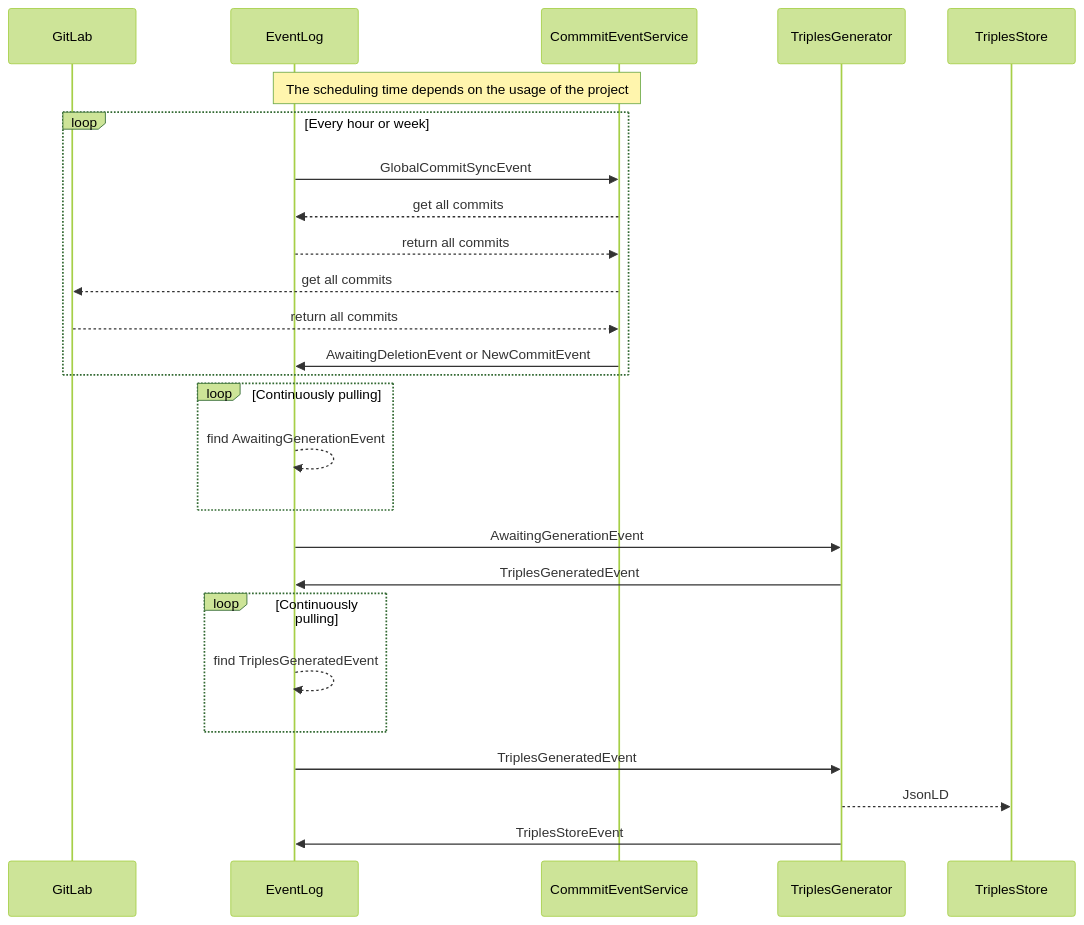
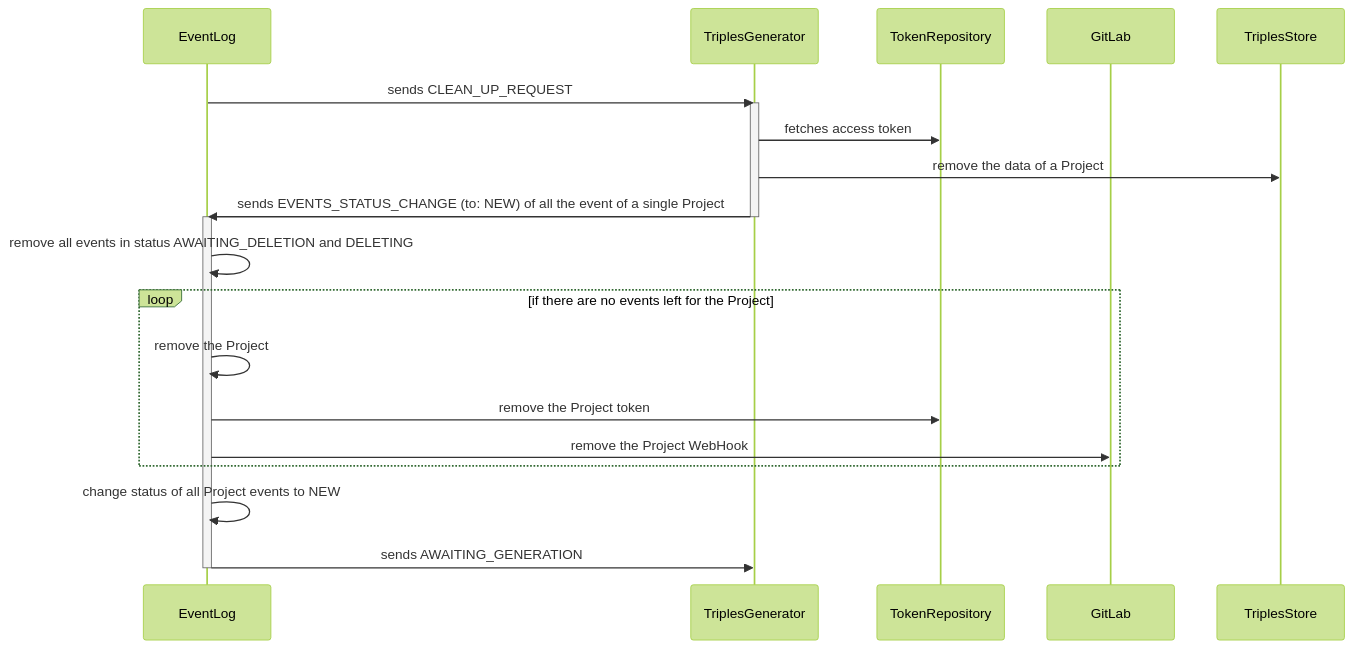
Before and after one commit to SwissDataScienceCenter/renku-graph: the sixth of 10 diagrams in README.md, drawn with Mermaid (forest theme). The commit also changed other lines of this file, not shown here.

````diff
--- a/README.md
+++ b/README.md
@@ -133,28 +205,26 @@
 ```mermaid
 sequenceDiagram
+    participant EventLog
+    participant TriplesGenerator
+    participant TokenRepository
     participant GitLab
-    participant EventLog
-    participant CommmitEventService
-    participant TriplesGenerator
     participant TriplesStore
-    Note over CommmitEventService, EventLog: The scheduling time depends on the usage of the project
-    loop Every hour or week
-    EventLog ->>CommmitEventService: GlobalCommitSyncEvent
-    CommmitEventService -->>EventLog: get all commits
-    EventLog -->>CommmitEventService: return all commits
-    CommmitEventService -->>GitLab: get all commits
-    GitLab -->>CommmitEventService: return all commits
-    CommmitEventService ->>EventLog: AwaitingDeletionEvent or NewCommitEvent
+
+    EventLog ->> TriplesGenerator: sends CLEAN_UP_REQUEST
+    activate TriplesGenerator
+    TriplesGenerator ->> TokenRepository: fetches access token
+    TriplesGenerator ->> TriplesStore: remove the data of a Project
+    TriplesGenerator ->> EventLog: sends EVENTS_STATUS_CHANGE (to: NEW) of all the event of a single Project
+    deactivate TriplesGenerator
+    
+    activate EventLog
+    EventLog ->> EventLog: remove all events in status AWAITING_DELETION and DELETING
+    loop if there are no events left for the Project
+    EventLog ->> EventLog: remove the Project 
+    EventLog ->> TokenRepository: remove the Project token
+    EventLog ->> GitLab: remove the Project WebHook
     end
-    loop Continuously pulling
-    EventLog -->>EventLog: find AwaitingGenerationEvent
-    end
-    EventLog ->>TriplesGenerator: AwaitingGenerationEvent
-    TriplesGenerator ->>EventLog: TriplesGeneratedEvent
-    loop Continuously pulling
-    EventLog -->>EventLog: find TriplesGeneratedEvent
-    end
-    EventLog ->>TriplesGenerator: TriplesGeneratedEvent
-    TriplesGenerator -->>TriplesStore: JsonLD
-    TriplesGenerator ->>EventLog: TriplesStoreEvent
+    EventLog ->> EventLog: change status of all Project events to NEW
+    EventLog ->> TriplesGenerator: sends AWAITING_GENERATION
+    deactivate EventLog    
 ```
````
